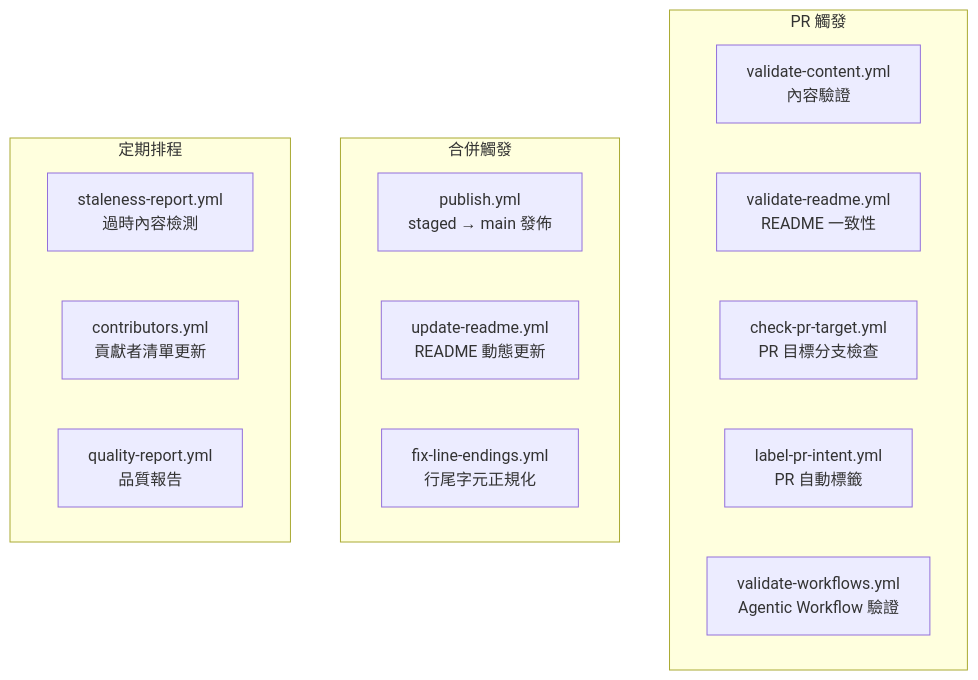
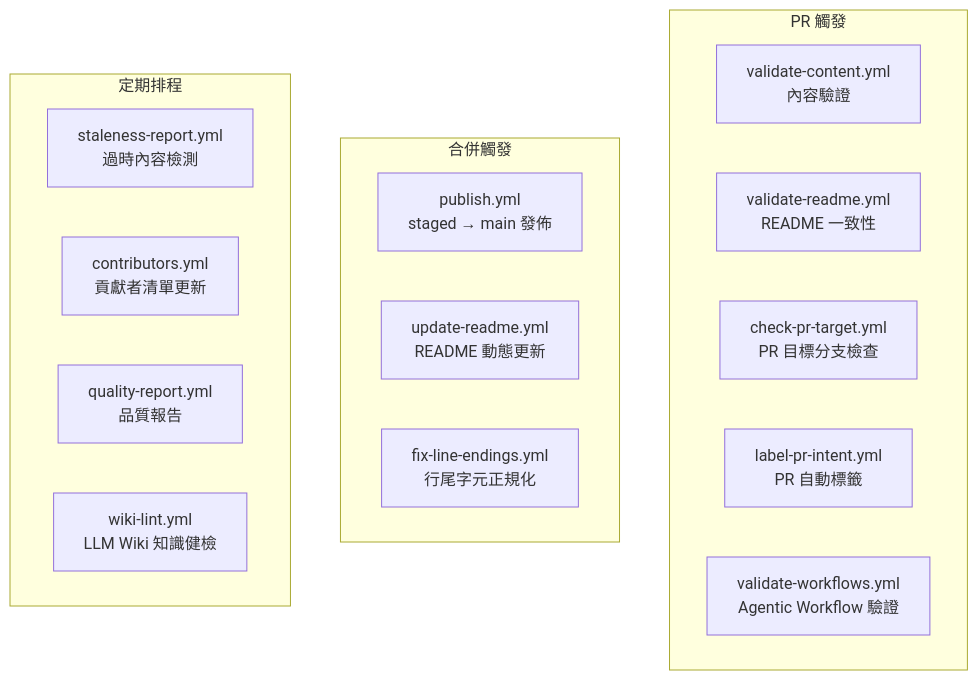
The fifth of 10 diagrams in content/posts/教學/AI開發/GitHub Repo 建立教學手冊.md (chihhung/Blog), drawn with Mermaid before and after one commit. The commit also changed other lines of this file, not shown here.

```diff
--- a/content/posts/教學/AI開發/GitHub Repo 建立教學手冊.md
+++ b/content/posts/教學/AI開發/GitHub Repo 建立教學手冊.md
@@ -1410,22 +1606,23 @@
 {{< mermaid >}}
 graph TD
     subgraph "PR 觸發"
         W1[validate-content.yml<br/>內容驗證]
         W2[validate-readme.yml<br/>README 一致性]
         W3[check-pr-target.yml<br/>PR 目標分支檢查]
         W4[label-pr-intent.yml<br/>PR 自動標籤]
         W10[validate-workflows.yml<br/>Agentic Workflow 驗證]
     end
 
     subgraph "合併觸發"
         W5[publish.yml<br/>staged → main 發佈]
         W6[update-readme.yml<br/>README 動態更新]
         W11[fix-line-endings.yml<br/>行尾字元正規化]
     end
 
     subgraph "定期排程"
         W7[staleness-report.yml<br/>過時內容檢測]
         W8[contributors.yml<br/>貢獻者清單更新]
         W9[quality-report.yml<br/>品質報告]
+        W12[wiki-lint.yml<br/>LLM Wiki 知識健檢]
     end
 {{< /mermaid >}}
```
